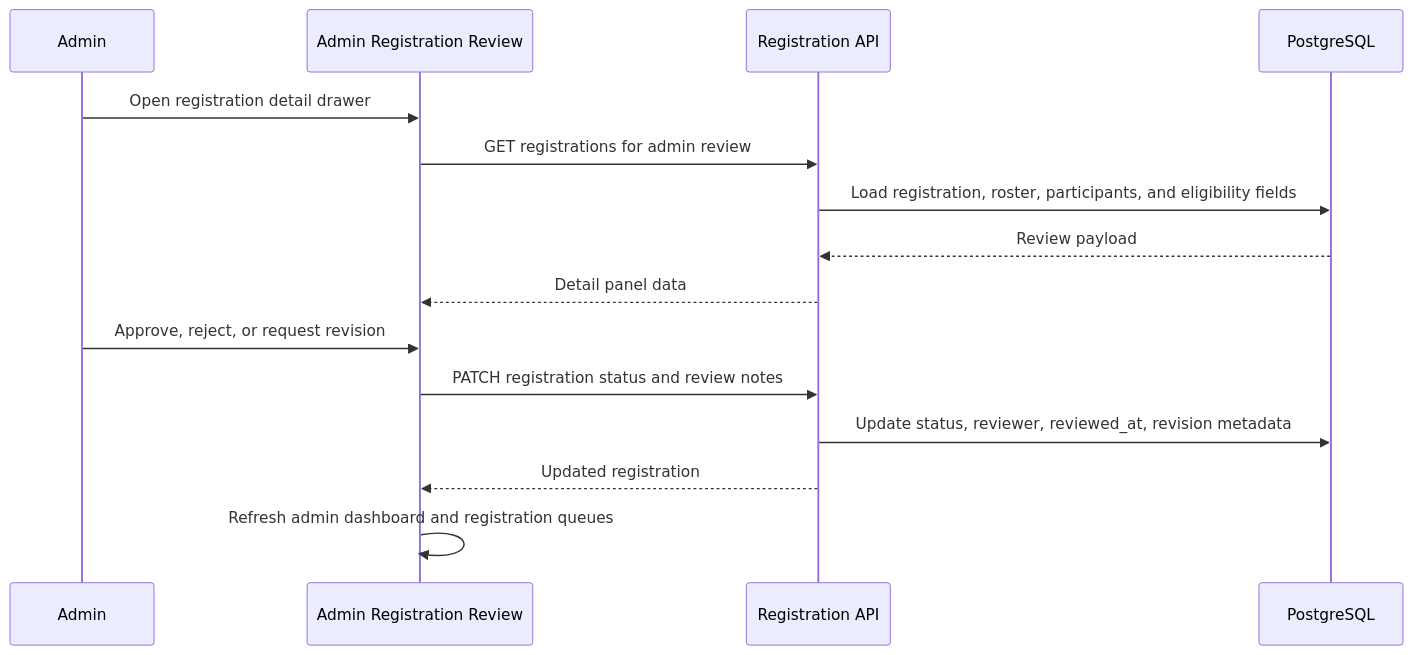
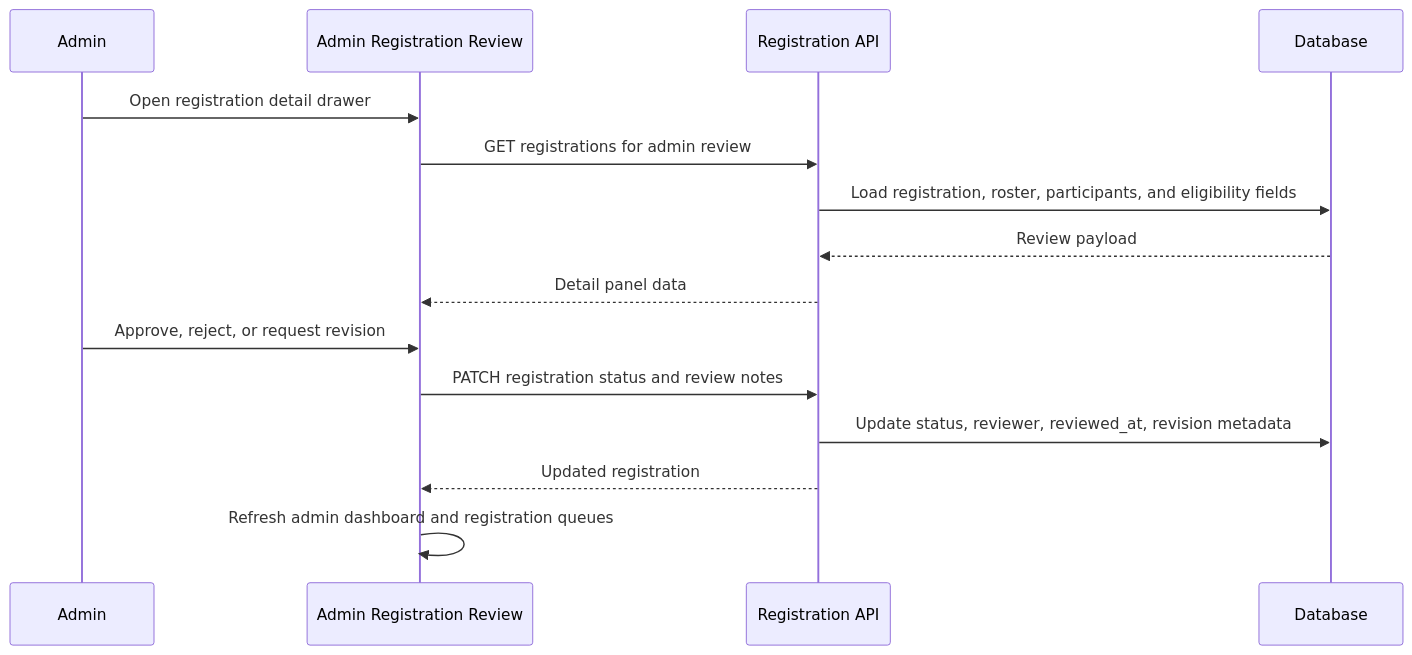
Before and after one commit to avocadoise/EnvergaArena: the eighth of 14 diagrams in architecture/06-runtime-flows.md, drawn with Mermaid. The commit also changed other lines of this file, not shown here.

Commit message:
feat: update runtime flows documentation to clarify database references and improve consistency

````diff
--- a/architecture/06-runtime-flows.md
+++ b/architecture/06-runtime-flows.md
@@ -186,18 +186,18 @@
 ```mermaid
 sequenceDiagram
     participant A as Admin
     participant FE as Admin Registration Review
     participant API as Registration API
-    participant DB as PostgreSQL
+    participant DB as Database
 
     A->>FE: Open registration detail drawer
     FE->>API: GET registrations for admin review
     API->>DB: Load registration, roster, participants, and eligibility fields
     DB-->>API: Review payload
     API-->>FE: Detail panel data
     A->>FE: Approve, reject, or request revision
     FE->>API: PATCH registration status and review notes
     API->>DB: Update status, reviewer, reviewed_at, revision metadata
     API-->>FE: Updated registration
     FE->>FE: Refresh admin dashboard and registration queues
 ```
````
